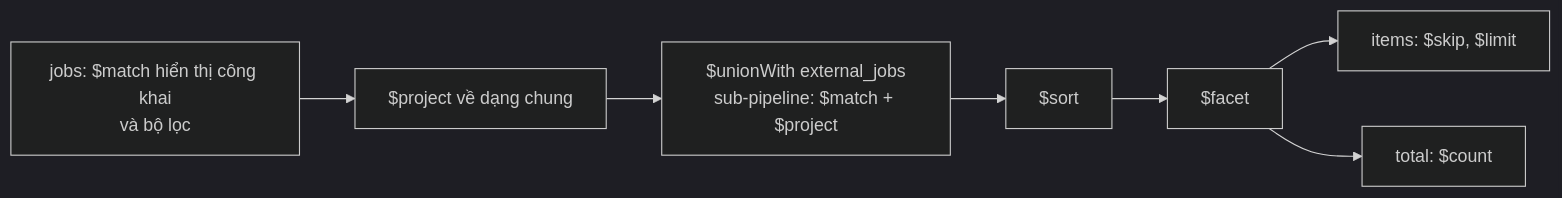
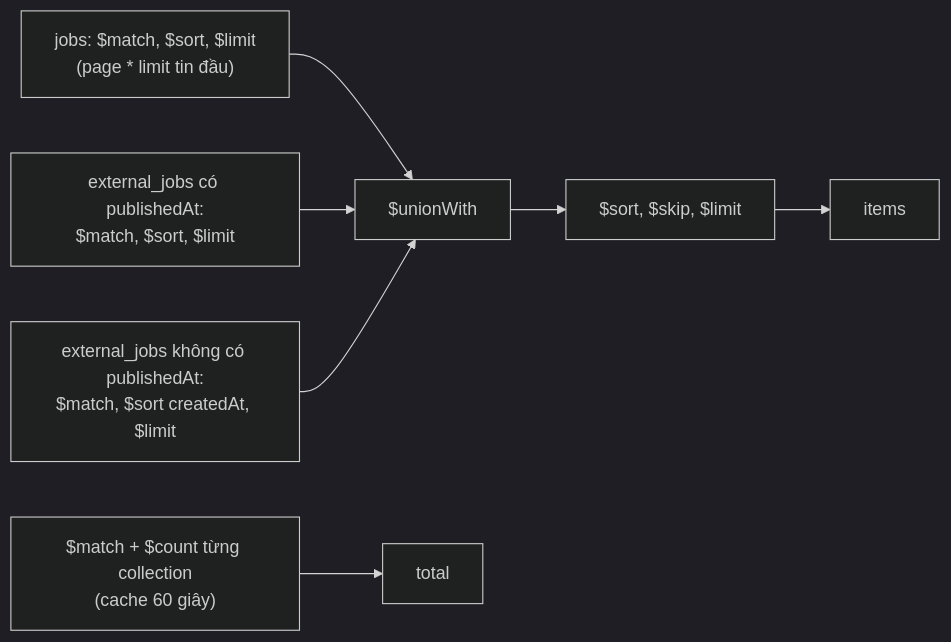
Before and after one commit to QuocDuy21-10/it-job-portal-be: the diagram in docs/03-modules/job-search.md, drawn with Mermaid (dark theme). The commit also changed other lines of this file and 22 other files, not shown here.

````diff
--- a/docs/03-modules/job-search.md
+++ b/docs/03-modules/job-search.md
@@ -32,9 +32,9 @@
 ```mermaid
 flowchart LR
-    A["jobs: $match hiển thị công khai<br/>và bộ lọc"] --> B["$project về dạng chung"]
-    B --> U["$unionWith external_jobs<br/>sub-pipeline: $match + $project"]
-    U --> S["$sort"]
-    S --> F["$facet"]
-    F --> I["items: $skip, $limit"]
-    F --> T["total: $count"]
+    A["jobs: $match, $sort, $limit<br/>(page * limit tin đầu)"] --> U["$unionWith"]
+    B["external_jobs có publishedAt:<br/>$match, $sort, $limit"] --> U
+    C["external_jobs không có publishedAt:<br/>$match, $sort createdAt, $limit"] --> U
+    U --> S["$sort, $skip, $limit"]
+    S --> I["items"]
+    T["$match + $count từng collection<br/>(cache 60 giây)"] --> M["total"]
 ```
````
